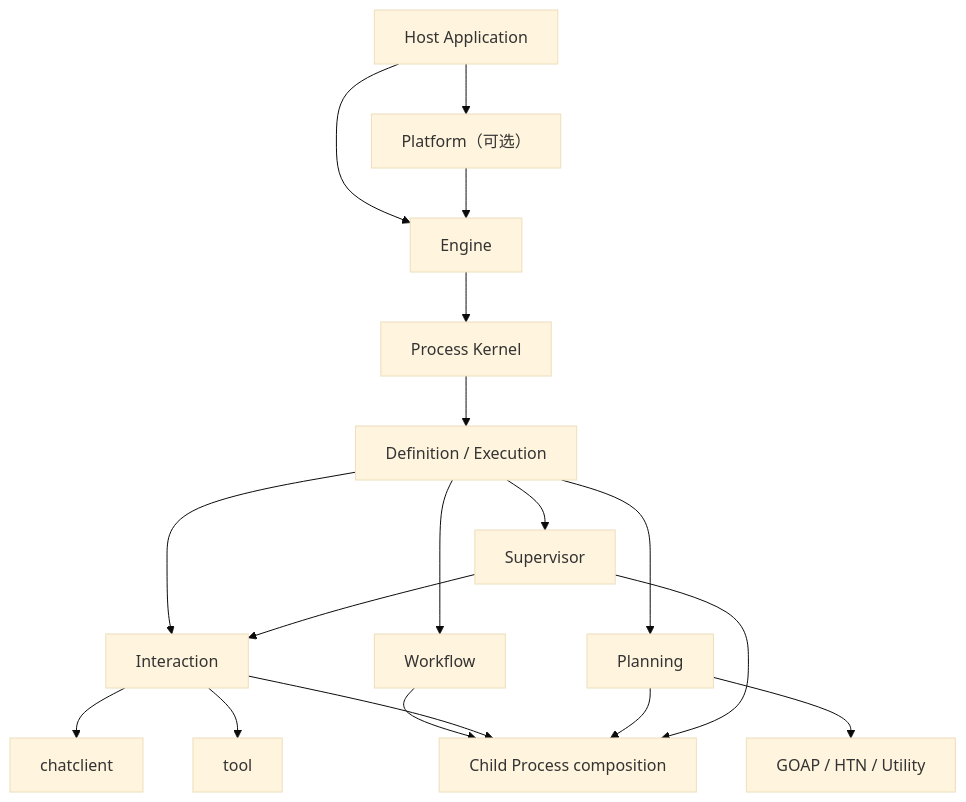
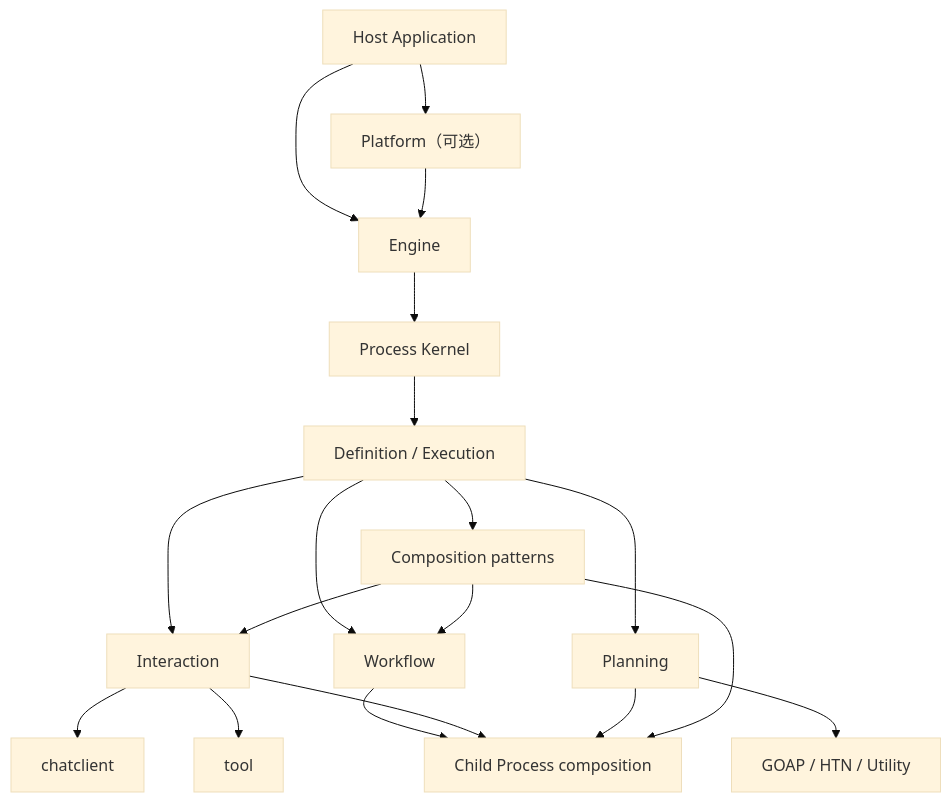
Before and after one commit to Tangerg/lynx: the diagram in agent2/doc/ARCHITECTURE.md, drawn with Mermaid (base theme). The commit also changed other lines of this file and 5 other files, not shown here.

````diff
--- a/agent2/doc/ARCHITECTURE.md
+++ b/agent2/doc/ARCHITECTURE.md
@@ -179,20 +195,21 @@
 ```mermaid
 flowchart TD
     Host["Host Application"] --> Platform["Platform（可选）"]
     Host --> Engine["Engine"]
     Platform --> Engine
     Engine --> Kernel["Process Kernel"]
     Kernel --> Definition["Definition / Execution"]
     Definition --> Interaction["Interaction"]
     Definition --> Planning["Planning"]
     Definition --> Workflow["Workflow"]
-    Definition --> Supervisor["Supervisor"]
+    Definition --> Patterns["Composition patterns"]
     Interaction --> ChatClient["chatclient"]
     Interaction --> Tool["tool"]
     Planning --> Planner["GOAP / HTN / Utility"]
-    Supervisor --> Interaction
     Workflow --> Child["Child Process composition"]
     Interaction --> Child
     Planning --> Child
-    Supervisor --> Child
+    Patterns --> Interaction
+    Patterns --> Workflow
+    Patterns --> Child
 ```
````
